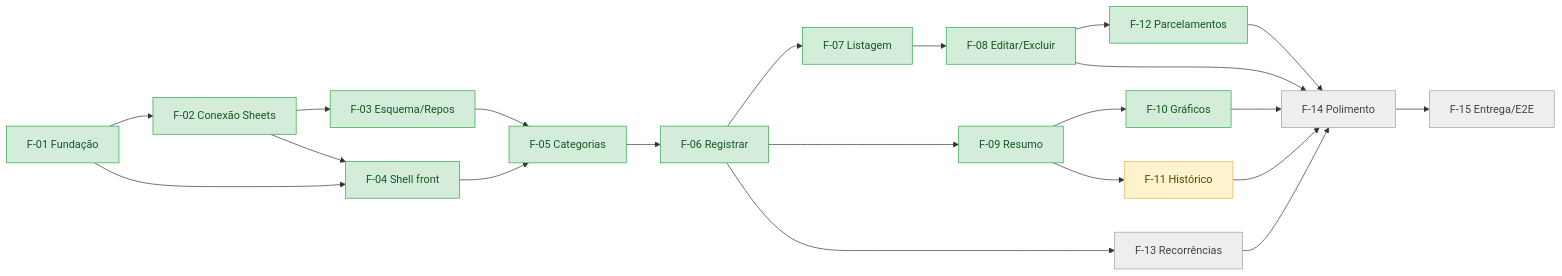
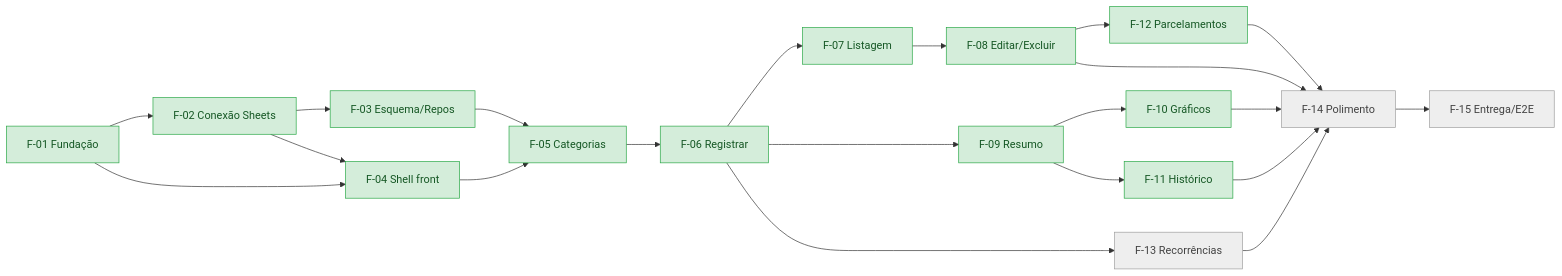
Before and after one commit to Pedrohcs/PlanilhaFinanceira: the diagram in SPECS/05-acompanhamento.md, drawn with Mermaid. The commit also changed other lines of this file and 22 other files, not shown here.

````diff
--- a/SPECS/05-acompanhamento.md
+++ b/SPECS/05-acompanhamento.md
@@ -64,24 +64,23 @@
 ```mermaid
 flowchart LR
     F01[F-01 Fundação] --> F02[F-02 Conexão Sheets] --> F03[F-03 Esquema/Repos]
     F01 --> F04[F-04 Shell front]
     F02 --> F04
     F03 --> F05[F-05 Categorias]
     F04 --> F05
     F05 --> F06[F-06 Registrar]
     F06 --> F07[F-07 Listagem] --> F08[F-08 Editar/Excluir]
     F06 --> F09[F-09 Resumo]
     F09 --> F10[F-10 Gráficos]
     F09 --> F11[F-11 Histórico]
     F08 --> F12[F-12 Parcelamentos]
     F06 --> F13[F-13 Recorrências]
     F08 & F10 & F11 & F12 & F13 --> F14[F-14 Polimento]
     F14 --> F15[F-15 Entrega/E2E]
 
     classDef naoIniciada fill:#eeeeee,stroke:#9e9e9e,color:#424242;
     classDef iniciada fill:#fff3cd,stroke:#f0ad4e,color:#5c4400;
     classDef concluida fill:#d4edda,stroke:#28a745,color:#155724;
     class F13,F14,F15 naoIniciada;
-    class F11 iniciada;
-    class F01,F02,F03,F04,F05,F06,F07,F08,F09,F10,F12 concluida;
+    class F01,F02,F03,F04,F05,F06,F07,F08,F09,F10,F11,F12 concluida;
 ```
````
